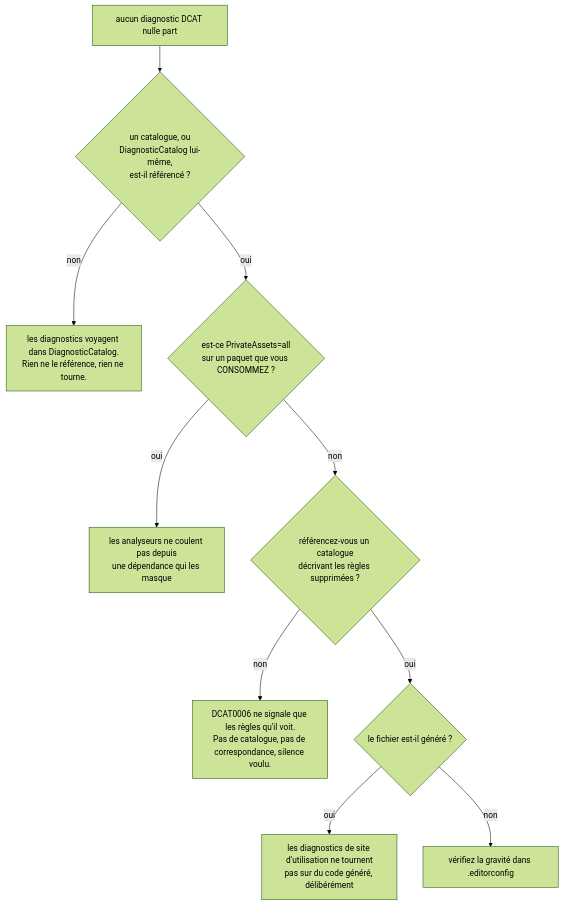
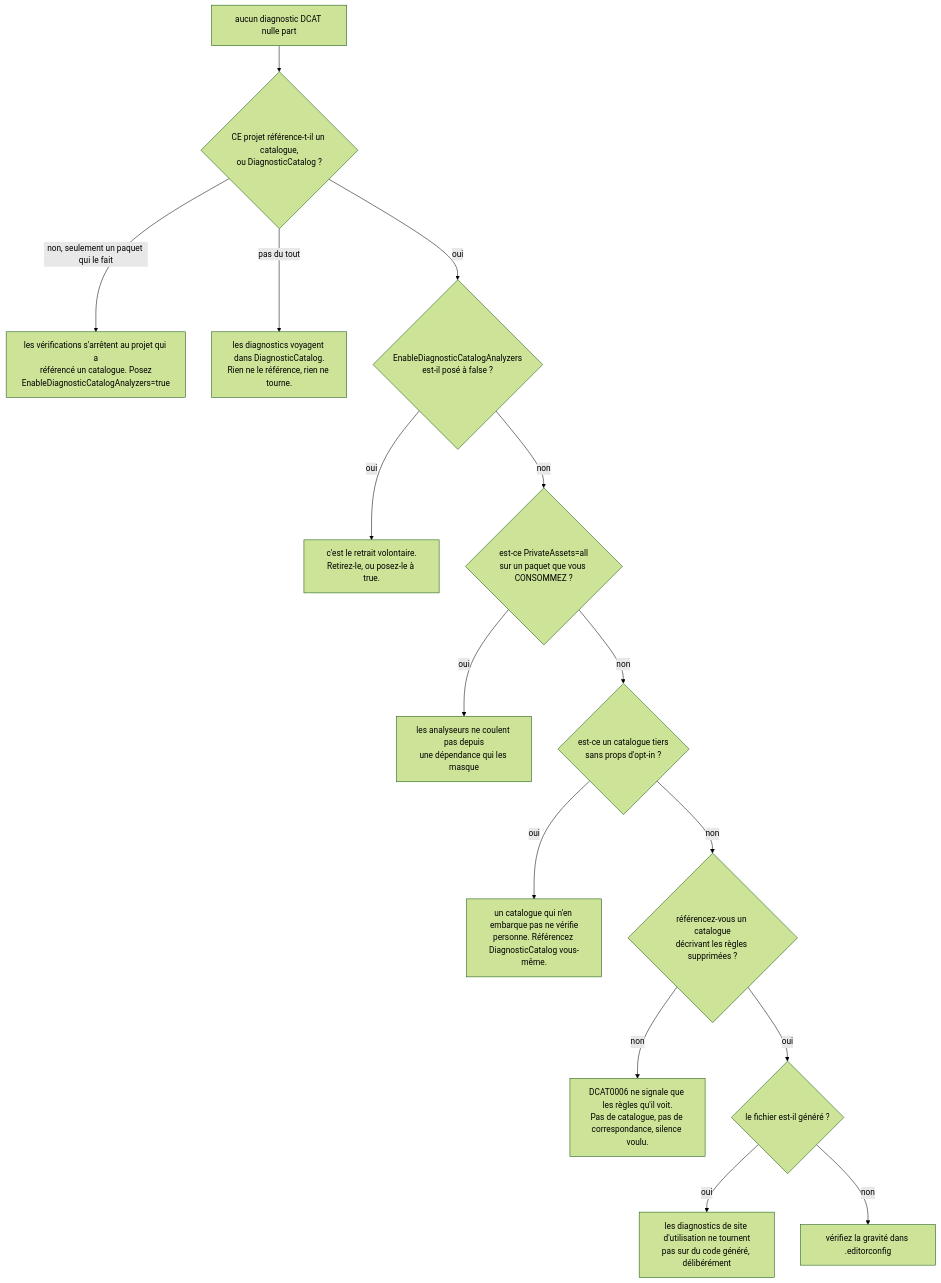
The diagram in doc/guide/troubleshooting.fr.md (Reefact/diagnostic-catalog), drawn with Mermaid (forest theme) before and after one commit. The commit also changed other lines of this file and 27 other files, not shown here.

````diff
--- a/doc/guide/troubleshooting.fr.md
+++ b/doc/guide/troubleshooting.fr.md
@@ -13,13 +13,18 @@
 ```mermaid
 flowchart TB
     S["aucun diagnostic DCAT nulle part"]
-    S --> Q1{"un catalogue, ou<br/>DiagnosticCatalog lui-même,<br/>est-il référencé ?"}
-    Q1 -- "non" --> A1["les diagnostics voyagent dans DiagnosticCatalog.<br/>Rien ne le référence, rien ne tourne."]
-    Q1 -- "oui" --> Q2{"est-ce PrivateAssets=all<br/>sur un paquet que vous CONSOMMEZ ?"}
-    Q2 -- "oui" --> A2["les analyseurs ne coulent pas depuis<br/>une dépendance qui les masque"]
-    Q2 -- "non" --> Q3{"référencez-vous un catalogue<br/>décrivant les règles supprimées ?"}
-    Q3 -- "non" --> A3["DCAT0006 ne signale que les règles qu'il voit.<br/>Pas de catalogue, pas de correspondance, silence voulu."]
-    Q3 -- "oui" --> Q4{"le fichier est-il généré ?"}
-    Q4 -- "oui" --> A4["les diagnostics de site d'utilisation ne tournent<br/>pas sur du code généré, délibérément"]
-    Q4 -- "non" --> A5["vérifiez la gravité dans .editorconfig"]
+    S --> Q1{"CE projet référence-t-il un catalogue,<br/>ou DiagnosticCatalog ?"}
+    Q1 -- "non, seulement un paquet qui le fait" --> A6["les vérifications s'arrêtent au projet qui a<br/>référencé un catalogue. Posez<br/>EnableDiagnosticCatalogAnalyzers=true"]
+    Q1 -- "pas du tout" --> A1["les diagnostics voyagent dans DiagnosticCatalog.<br/>Rien ne le référence, rien ne tourne."]
+    Q1 -- "oui" --> Q2{"EnableDiagnosticCatalogAnalyzers<br/>est-il posé à false ?"}
+    Q2 -- "oui" --> A7["c'est le retrait volontaire.<br/>Retirez-le, ou posez-le à true."]
+    Q2 -- "non" --> Q3{"est-ce PrivateAssets=all<br/>sur un paquet que vous CONSOMMEZ ?"}
+    Q3 -- "oui" --> A2["les analyseurs ne coulent pas depuis<br/>une dépendance qui les masque"]
+    Q3 -- "non" --> Q4{"est-ce un catalogue tiers<br/>sans props d'opt-in ?"}
+    Q4 -- "oui" --> A8["un catalogue qui n'en embarque pas ne vérifie<br/>personne. Référencez DiagnosticCatalog vous-même."]
+    Q4 -- "non" --> Q5{"référencez-vous un catalogue<br/>décrivant les règles supprimées ?"}
+    Q5 -- "non" --> A3["DCAT0006 ne signale que les règles qu'il voit.<br/>Pas de catalogue, pas de correspondance, silence voulu."]
+    Q5 -- "oui" --> Q6{"le fichier est-il généré ?"}
+    Q6 -- "oui" --> A4["les diagnostics de site d'utilisation ne tournent<br/>pas sur du code généré, délibérément"]
+    Q6 -- "non" --> A5["vérifiez la gravité dans .editorconfig"]
 ```
````
